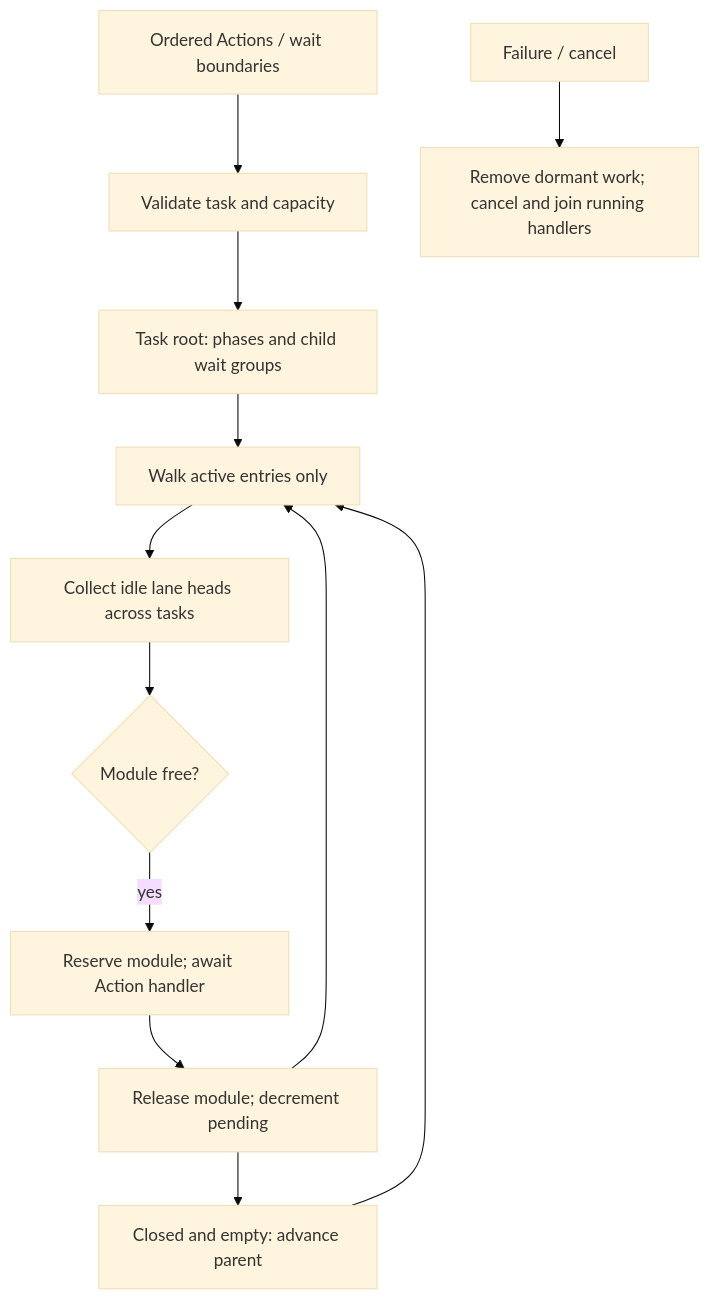
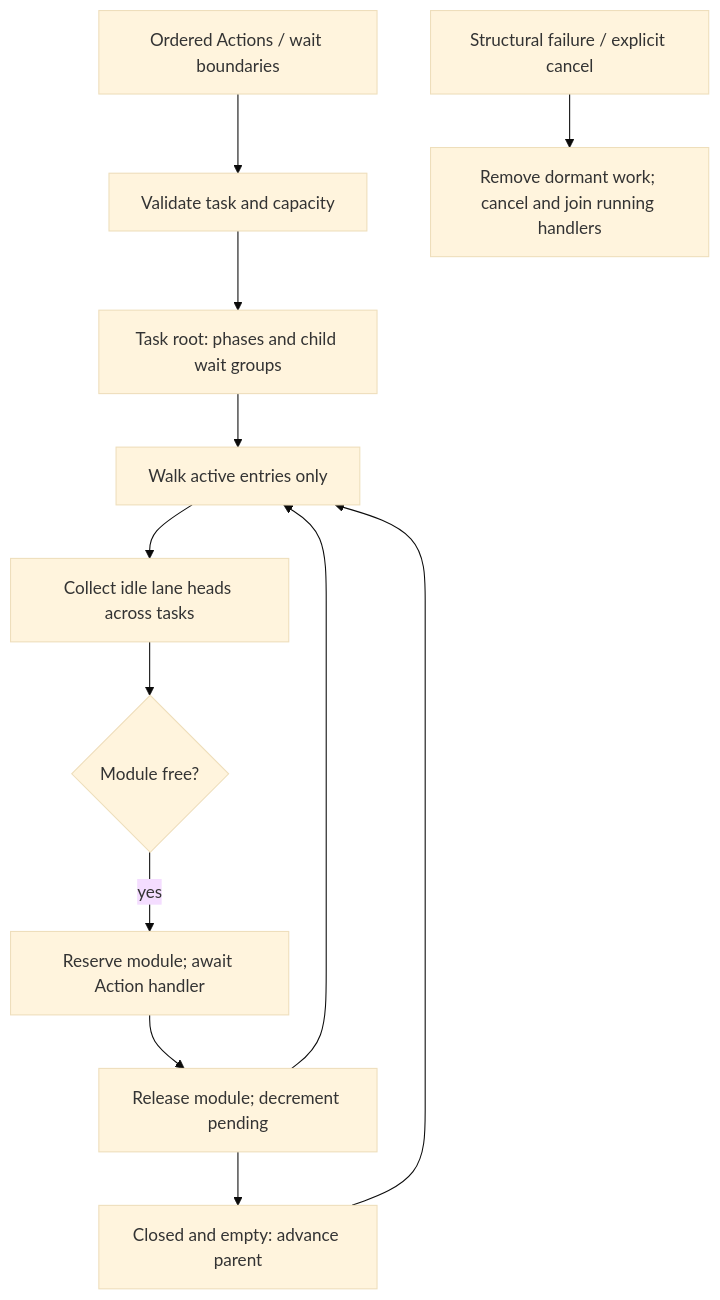
One commit to devilyouwei/MobileHarness changed the first of 5 diagrams in MobileHarness/Gateway/Output/Scheduling/README.md. Above: the diagram before and after it, drawn with Mermaid (base theme). The commit also changed other lines of this file and 38 other files, not shown here.

````diff
--- a/MobileHarness/Gateway/Output/Scheduling/README.md
+++ b/MobileHarness/Gateway/Output/Scheduling/README.md
@@ -27,14 +27,14 @@
 ```mermaid
 flowchart TD
     Events[Ordered Actions / wait boundaries] --> Admit[Validate task and capacity]
     Admit --> Tree[Task root: phases and child wait groups]
     Tree --> Active[Walk active entries only]
     Active --> Heads[Collect idle lane heads across tasks]
     Heads --> Resources{Module free?}
     Resources -->|yes| Execute[Reserve module; await Action handler]
     Execute --> Release[Release module; decrement pending]
     Release --> Active
     Release --> Join[Closed and empty: advance parent]
     Join --> Active
-    Cancel[Failure / cancel] --> Cleanup[Remove dormant work; cancel and join running handlers]
+    Cancel[Structural failure / explicit cancel] --> Cleanup[Remove dormant work; cancel and join running handlers]
 ```
````
